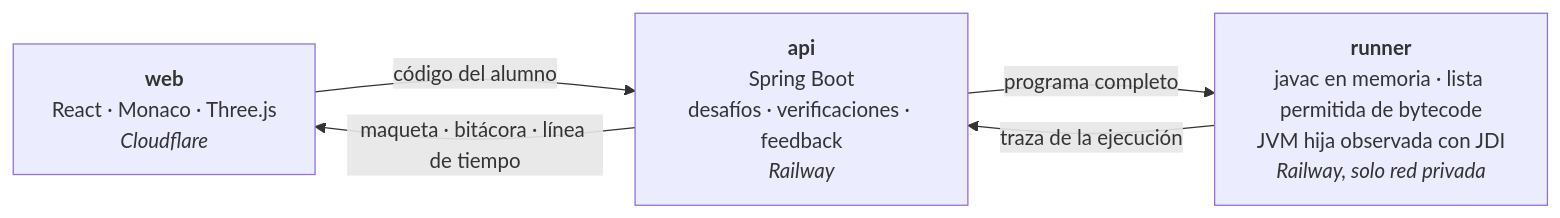
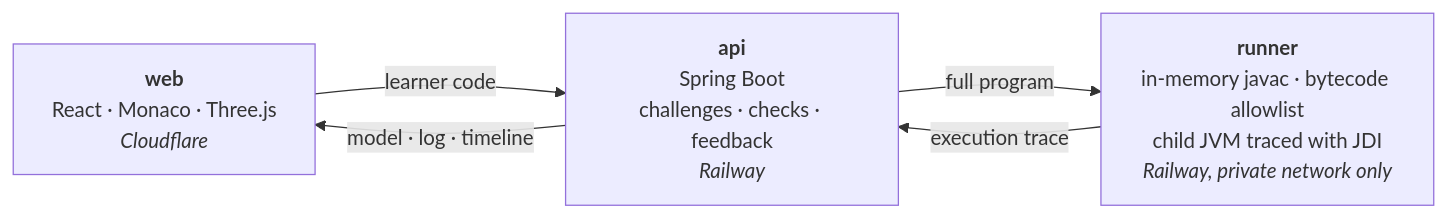
One commit to BalbianoLuciano/learn-java-by-building-a-university changed the diagram in README.md. Above: the diagram before and after it, drawn with Mermaid. The commit also changed other lines of this file and 1 other file, not shown here.

````diff
--- a/README.md
+++ b/README.md
@@ -143,10 +140,10 @@
 ```mermaid
 flowchart LR
   web["<b>web</b><br/>React · Monaco · Three.js<br/><i>Cloudflare</i>"]
-  api["<b>api</b><br/>Spring Boot<br/>desafíos · verificaciones · feedback<br/><i>Railway</i>"]
-  runner["<b>runner</b><br/>javac en memoria · lista permitida de bytecode<br/>JVM hija observada con JDI<br/><i>Railway, solo red privada</i>"]
-  web -- "código del alumno" --> api
-  api -- "programa completo" --> runner
-  runner -- "traza de la ejecución" --> api
-  api -- "maqueta · bitácora · línea de tiempo" --> web
+  api["<b>api</b><br/>Spring Boot<br/>challenges · checks · feedback<br/><i>Railway</i>"]
+  runner["<b>runner</b><br/>in-memory javac · bytecode allowlist<br/>child JVM traced with JDI<br/><i>Railway, private network only</i>"]
+  web -- "learner code" --> api
+  api -- "full program" --> runner
+  runner -- "execution trace" --> api
+  api -- "model · log · timeline" --> web
 ```
````
